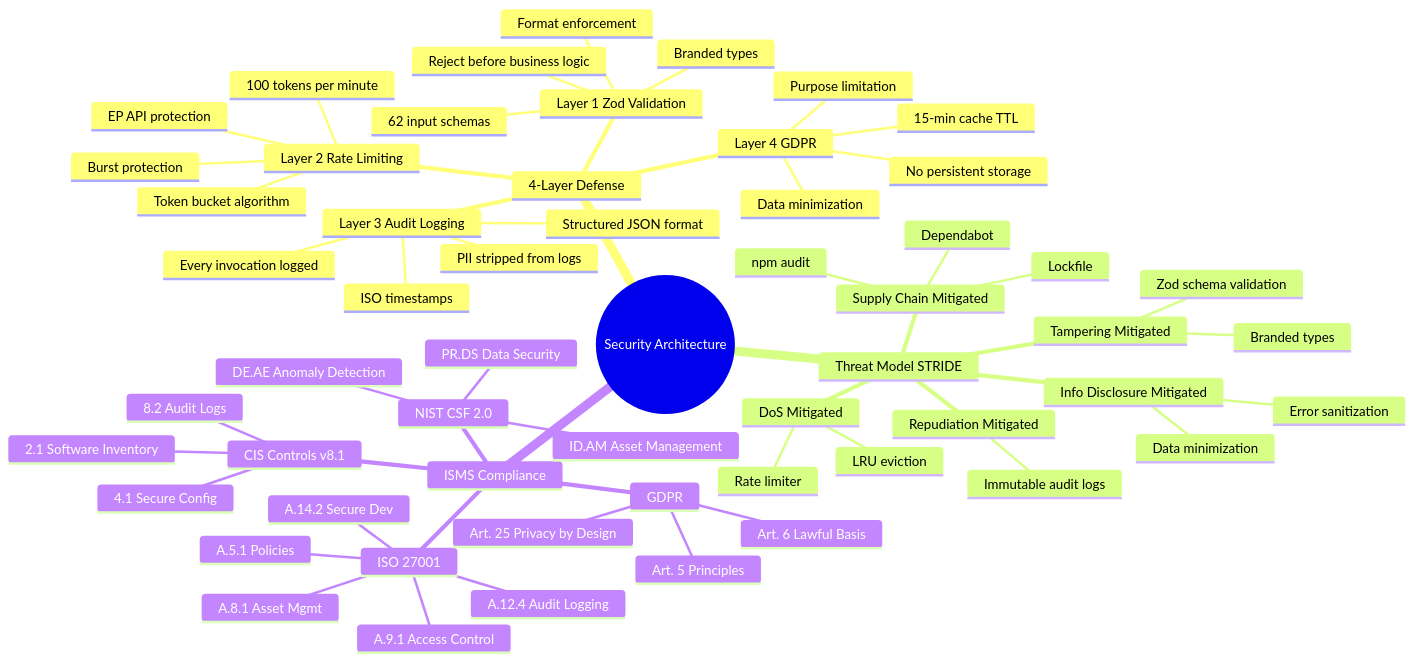
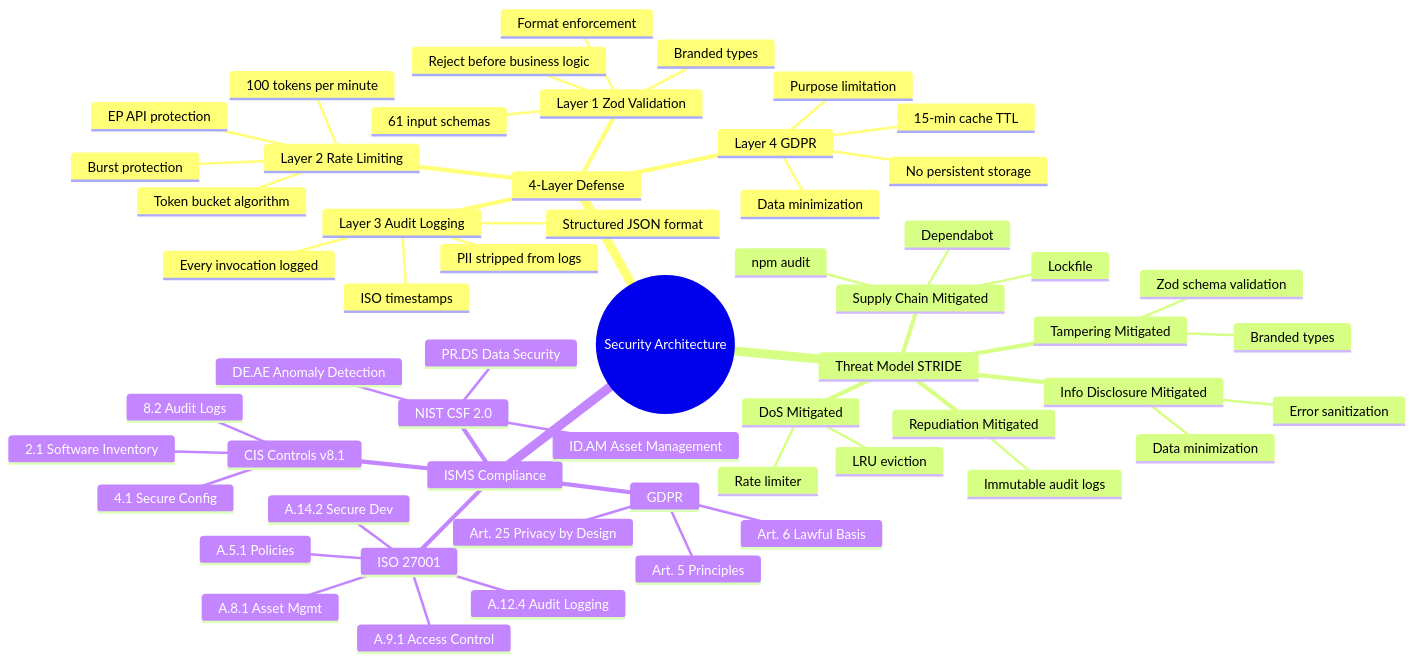
One commit to Hack23/European-Parliament-MCP-Server changed the fourth of 5 diagrams in MINDMAP.md. Above: the diagram before and after it, drawn with Mermaid. The commit also changed other lines of this file and 15 other files, not shown here.

Commit message:
docs: fix tool count 62→61 (correct actual withCategory invocations), fix component diagram with feed tools

````diff
--- a/MINDMAP.md
+++ b/MINDMAP.md
@@ -311,60 +311,60 @@
 ```mermaid
 mindmap
   root((Security Architecture))
     4-Layer Defense
       Layer 1 Zod Validation
-        62 input schemas
+        61 input schemas
         Branded types
         Format enforcement
         Reject before business logic
       Layer 2 Rate Limiting
         Token bucket algorithm
         100 tokens per minute
         Burst protection
         EP API protection
       Layer 3 Audit Logging
         Every invocation logged
         PII stripped from logs
         ISO timestamps
         Structured JSON format
       Layer 4 GDPR
         Data minimization
         Purpose limitation
         15-min cache TTL
         No persistent storage
     Threat Model STRIDE
       Tampering Mitigated
         Zod schema validation
         Branded types
       Repudiation Mitigated
         Immutable audit logs
       Info Disclosure Mitigated
         Data minimization
         Error sanitization
       DoS Mitigated
         Rate limiter
         LRU eviction
       Supply Chain Mitigated
         Dependabot
         npm audit
         Lockfile
     ISMS Compliance
       ISO 27001
         A.5.1 Policies
         A.8.1 Asset Mgmt
         A.9.1 Access Control
         A.12.4 Audit Logging
         A.14.2 Secure Dev
       NIST CSF 2.0
         ID.AM Asset Management
         PR.DS Data Security
         DE.AE Anomaly Detection
       CIS Controls v8.1
         2.1 Software Inventory
         4.1 Secure Config
         8.2 Audit Logs
       GDPR
         Art. 5 Principles
         Art. 25 Privacy by Design
         Art. 6 Lawful Basis
 ```
````
